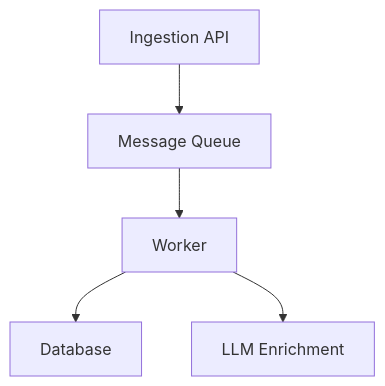
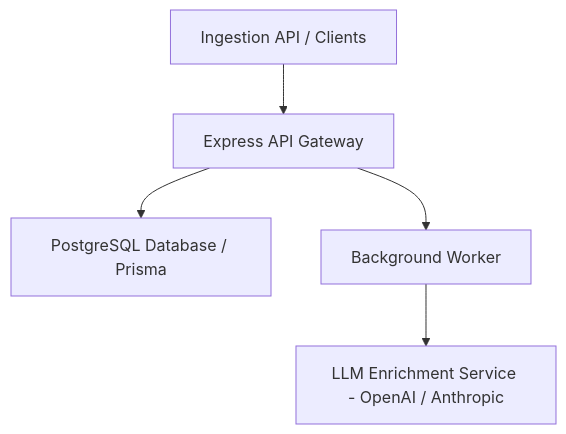
One commit to bjohnson1279/threat-telemetry changed the diagram in README.md. Above: the diagram before and after it, drawn with Mermaid. The commit also changed other lines of this file and 1 other file, not shown here.

Commit message:
docs: add indicator API reference and update repository guide

````diff
--- a/README.md
+++ b/README.md
@@ -4,7 +7,7 @@
 ```mermaid
 graph TD
-  A[Ingestion API] --> B[Message Queue]
-  B --> C[Worker]
-  C --> D[Database]
-  C --> E[LLM Enrichment]
+  A[Ingestion API / Clients] --> B[Express API Gateway]
+  B --> C[PostgreSQL Database / Prisma]
+  B --> D[Background Worker]
+  D --> E[LLM Enrichment Service - OpenAI / Anthropic]
 ```
````
